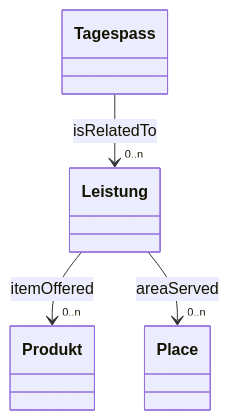
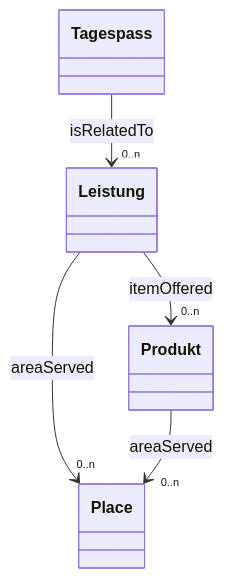
Before and after one commit to tsolenthaler/docs.contentdesk.io: the sixth of 7 diagrams in docs/projects/glarnerlandApp.md, drawn with Mermaid. The commit also changed other lines of this file, not shown here.

````diff
--- a/docs/projects/glarnerlandApp.md
+++ b/docs/projects/glarnerlandApp.md
@@ -194,19 +194,20 @@
 ``` mermaid
 classDiagram
     direction TB
     class Tagespass {
 
     }
     class Leistung {
 
     }
     class OrtApp
     class ProduktApp
 
     class OrtApp["Place"]
     class ProduktApp["Produkt"]
 
     Tagespass --> "0..n" Leistung : isRelatedTo
     Leistung --> "0..n" ProduktApp : itemOffered
     Leistung --> "0..n" OrtApp : areaServed
+    ProduktApp --> "0..n" OrtApp : areaServed
 ```
````
